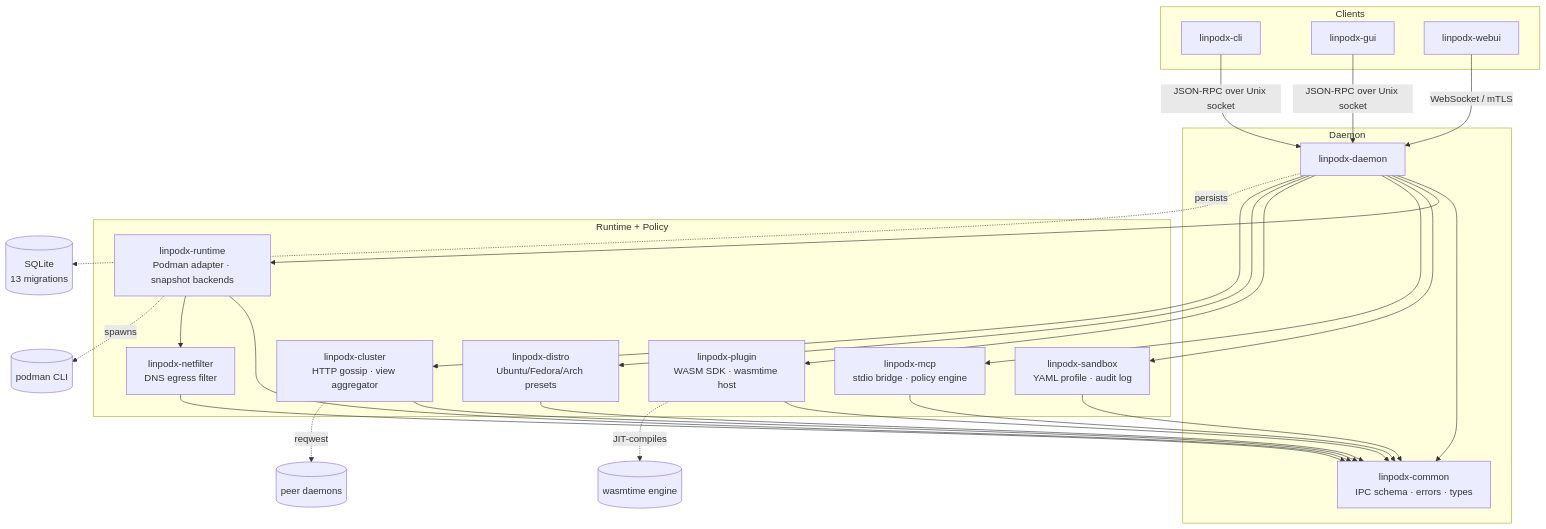
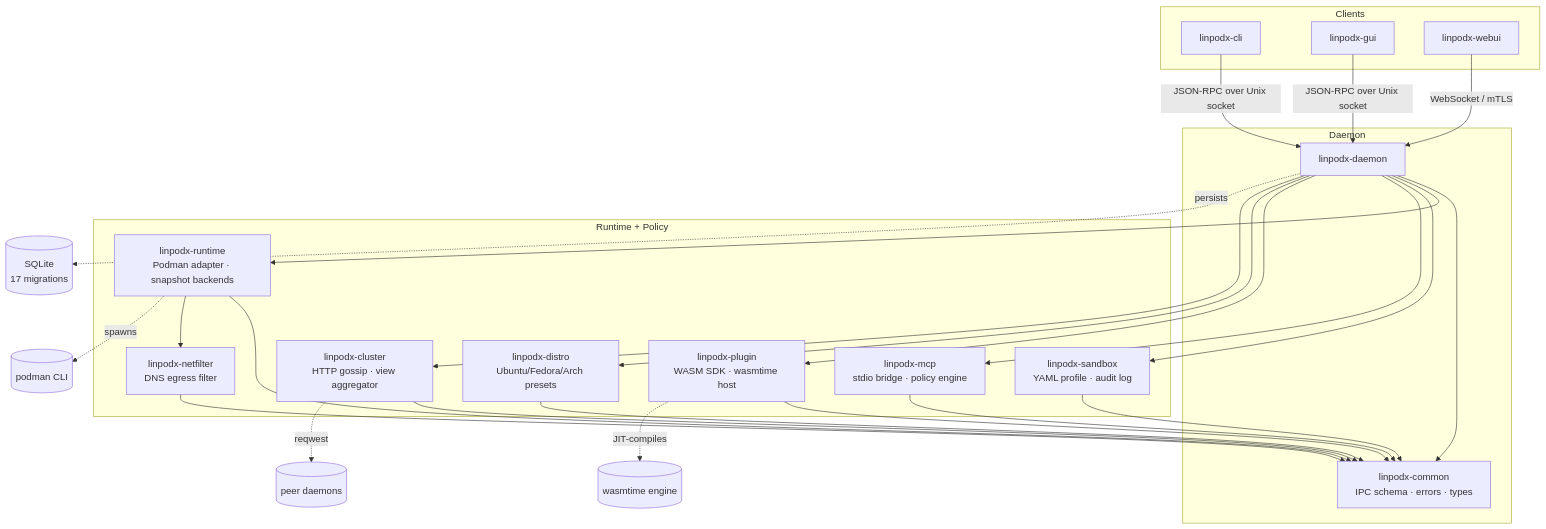
Before and after one commit to kernalix7/linpodx: the first of 6 diagrams in docs/architecture.md, drawn with Mermaid. The commit also changed other lines of this file and 9 other files, not shown here.

````diff
--- a/docs/architecture.md
+++ b/docs/architecture.md
@@ -13,49 +14,49 @@
 ```mermaid
 flowchart TB
     subgraph clients["Clients"]
         cli[linpodx-cli]
         gui[linpodx-gui]
         webui[linpodx-webui]
     end
 
     subgraph daemon_layer["Daemon"]
         daemon[linpodx-daemon]
         common[linpodx-common\nIPC schema · errors · types]
     end
 
     subgraph runtime_layer["Runtime + Policy"]
         runtime[linpodx-runtime\nPodman adapter · snapshot backends]
         sandbox[linpodx-sandbox\nYAML profile · audit log]
         mcp[linpodx-mcp\nstdio bridge · policy engine]
         plugin[linpodx-plugin\nWASM SDK · wasmtime host]
         distro[linpodx-distro\nUbuntu/Fedora/Arch presets]
         netfilter[linpodx-netfilter\nDNS egress filter]
         cluster[linpodx-cluster\nHTTP gossip · view aggregator]
     end
 
     cli -- JSON-RPC over Unix socket --> daemon
     gui -- JSON-RPC over Unix socket --> daemon
     webui -- WebSocket / mTLS --> daemon
 
     daemon --> common
     daemon --> runtime
     daemon --> sandbox
     daemon --> mcp
     daemon --> plugin
     daemon --> distro
     daemon --> cluster
 
     runtime --> common
     runtime --> netfilter
     sandbox --> common
     mcp --> common
     plugin --> common
     distro --> common
     cluster --> common
     netfilter --> common
 
     runtime -. spawns .-> podman[(podman CLI)]
-    daemon -. persists .-> sqlite[(SQLite\n13 migrations)]
+    daemon -. persists .-> sqlite[(SQLite\n17 migrations)]
     plugin -. JIT-compiles .-> wasmtime[(wasmtime engine)]
     cluster -. reqwest .-> peers[(peer daemons)]
 ```
````
